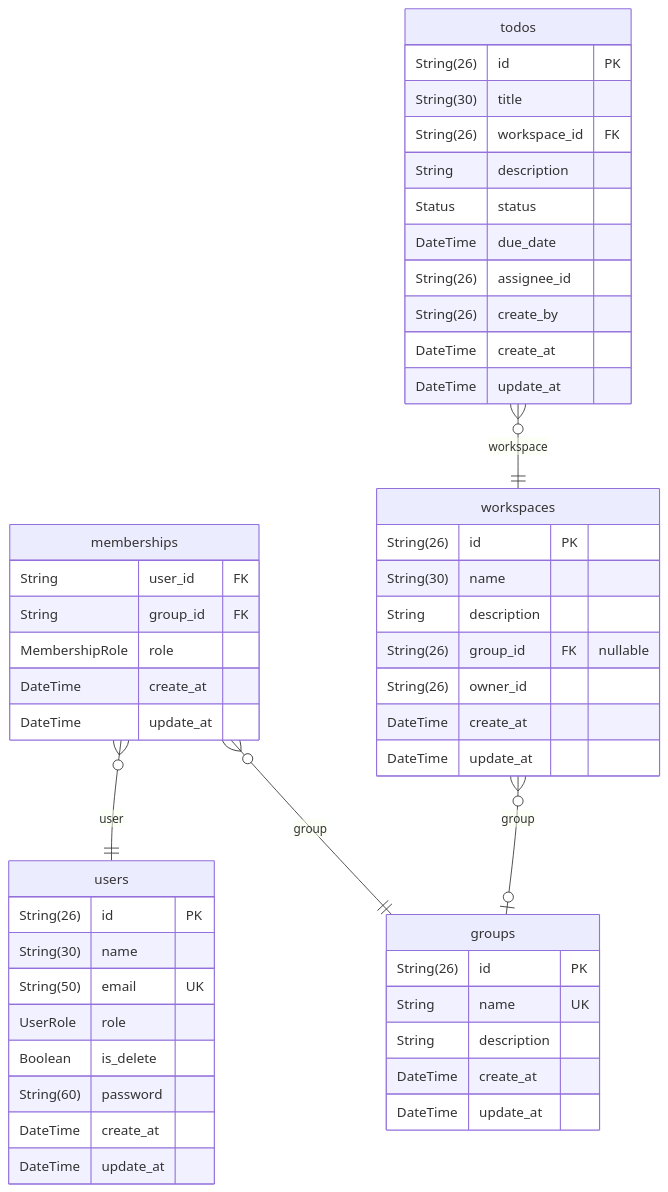
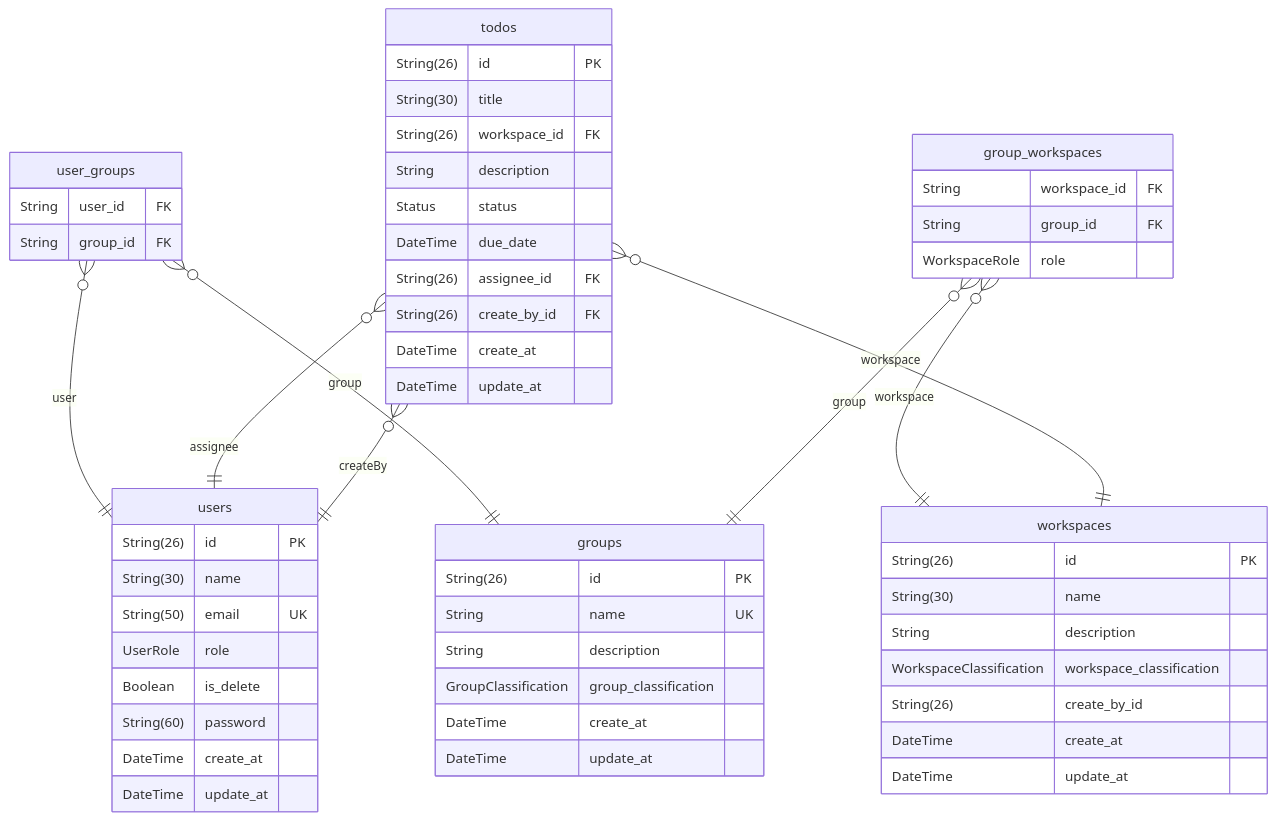
Before and after one commit to gaga1073/todo-angular-nestjs: the diagram in todo-nestjs-10/prisma/ERD.md, drawn with Mermaid. The commit also changed other lines of this file and 134 other files, not shown here.

````diff
--- a/todo-nestjs-10/prisma/ERD.md
+++ b/todo-nestjs-10/prisma/ERD.md
@@ -9,52 +9,58 @@
 ```mermaid
 erDiagram
 "users" {
   String(26) id PK
   String(30) name
   String(50) email UK
   UserRole role
   Boolean is_delete
   String(60) password
   DateTime create_at
   DateTime update_at
 }
 "groups" {
   String(26) id PK
   String name UK
   String description
+  GroupClassification group_classification
   DateTime create_at
   DateTime update_at
 }
-"memberships" {
+"user_groups" {
   String user_id FK
   String group_id FK
-  MembershipRole role
-  DateTime create_at
-  DateTime update_at
+}
+"group_workspaces" {
+  String workspace_id FK
+  String group_id FK
+  WorkspaceRole role
 }
 "workspaces" {
   String(26) id PK
   String(30) name
   String description
-  String(26) group_id FK "nullable"
-  String(26) owner_id
+  WorkspaceClassification workspace_classification
+  String(26) create_by_id
   DateTime create_at
   DateTime update_at
 }
 "todos" {
   String(26) id PK
   String(30) title
   String(26) workspace_id FK
   String description
   Status status
   DateTime due_date
-  String(26) assignee_id
-  String(26) create_by
+  String(26) assignee_id FK
+  String(26) create_by_id FK
   DateTime create_at
   DateTime update_at
 }
-"memberships" }o--|| "users" : user
-"memberships" }o--|| "groups" : group
-"workspaces" }o--o| "groups" : group
+"user_groups" }o--|| "users" : user
+"user_groups" }o--|| "groups" : group
+"group_workspaces" }o--|| "workspaces" : workspace
+"group_workspaces" }o--|| "groups" : group
 "todos" }o--|| "workspaces" : workspace
+"todos" }o--|| "users" : assignee
+"todos" }o--|| "users" : createBy
 ```
````
